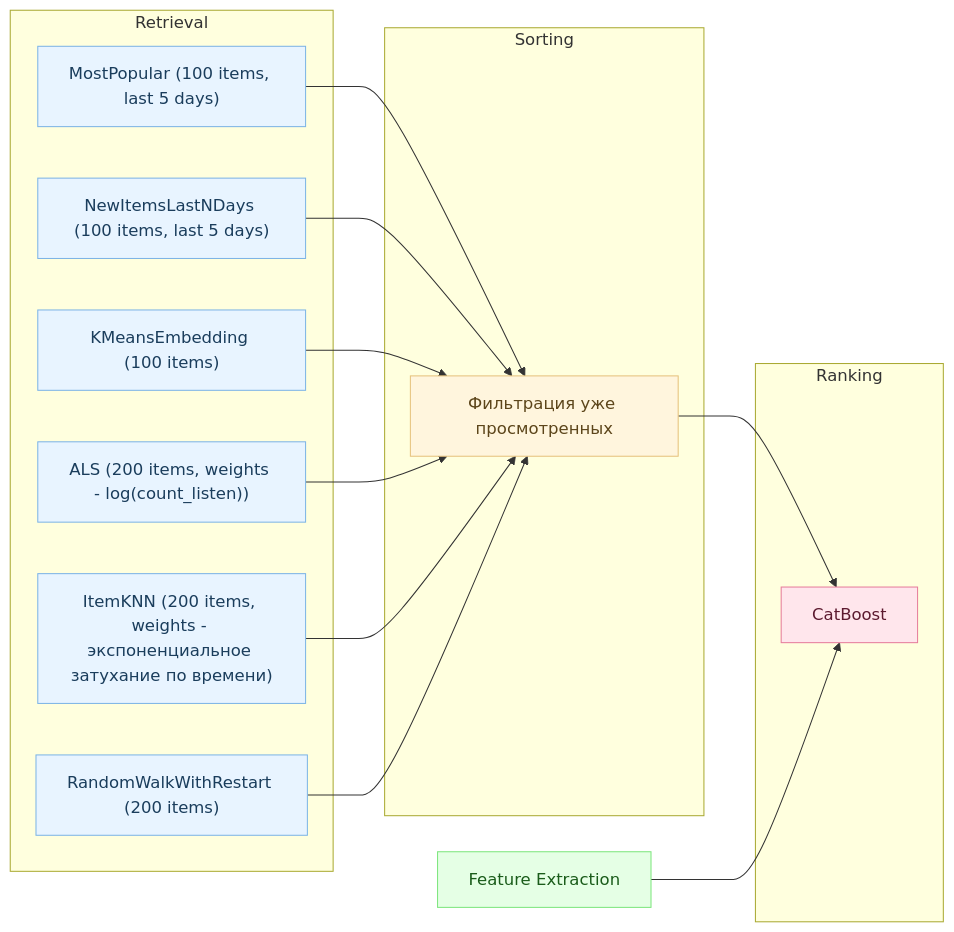
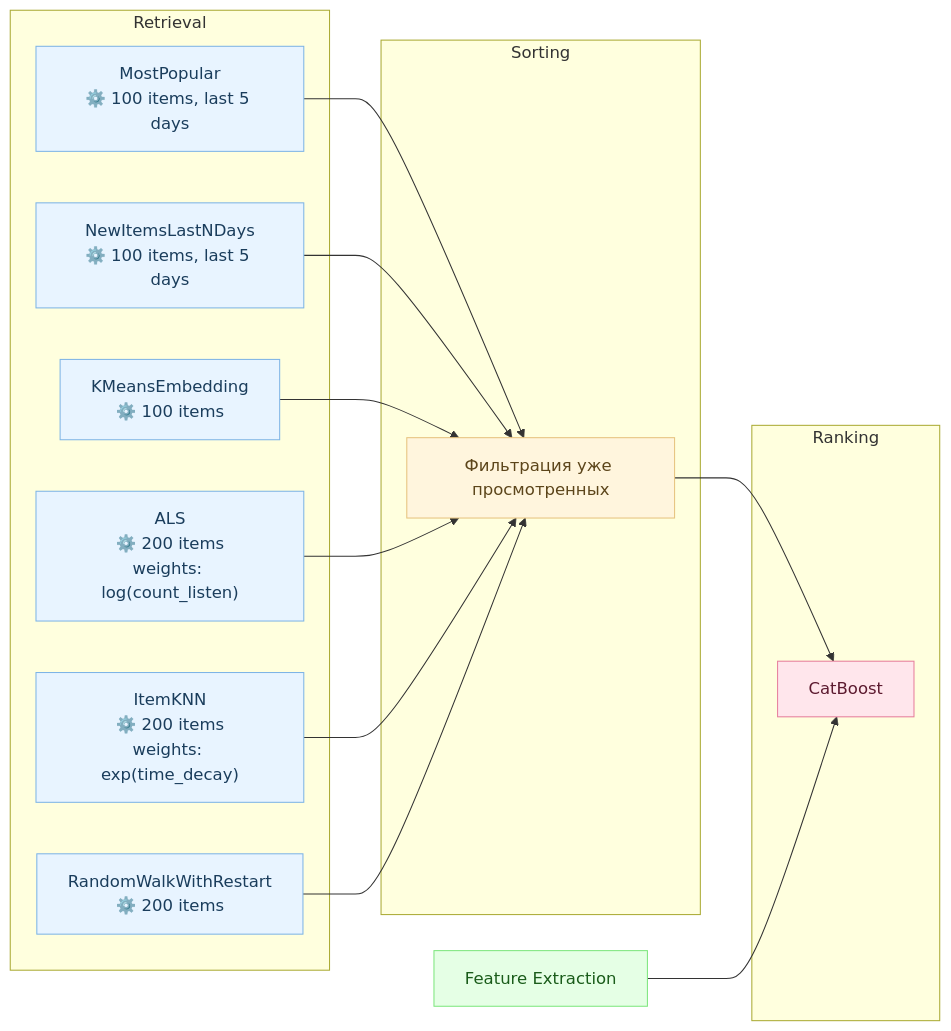
The second of 2 diagrams in README.md (Nastasy822/music-recommendation-experiments), drawn with Mermaid before and after one commit. The commit also changed other lines of this file, not shown here.

Commit message:
docs(readme): update diagram

````diff
--- a/README.md
+++ b/README.md
@@ -180,47 +180,48 @@
 ```mermaid
 flowchart LR
 
-    %% === Блоки пайплайна ===
+    %% === Retrieval Models ===
     subgraph RETRIEVAL ["Retrieval"]
-        PopAll["MostPopular (100 items, last 5 days)"]
-        PopUser["NewItemsLastNDays (100 items, last 5 days)"]
-        SIM["KMeansEmbedding (100 items)"]
-        ITEMKNN["ItemKNN (200 items, weights - экспоненциальное затухание по времени)"]
-        GRAPH["RandomWalkWithRestart (200 items)"]
-        ALS["ALS (200 items, weights - log(count_listen))"]
-
+        PopAll["MostPopular<br/>⚙️ 100 items, last 5 days"]
+        PopUser["NewItemsLastNDays<br/>⚙️ 100 items, last 5 days"]
+        SIM["KMeansEmbedding<br/>⚙️ 100 items"]
+        ITEMKNN["ItemKNN<br/>⚙️ 200 items<br/>weights: exp(time_decay)"]
+        GRAPH["RandomWalkWithRestart<br/>⚙️ 200 items"]
+        ALS["ALS<br/>⚙️ 200 items<br/>weights: log(count_listen)"]
     end
 
+    %% === Sorting Stage ===
     subgraph SORTING ["Sorting"]
         FILTER["Фильтрация уже просмотренных"]
     end
 
+    %% === Ranking Stage ===
     subgraph RANKING ["Ranking"]
         RANK["CatBoost"]
     end
 
-    %% === Отдельный нижний блок Feature Extraction ===
+    %% === Feature Extraction ===
     FEATS["Feature Extraction"]
 
-    %% === Потоки данных ===
+    %% === Data Flows ===
     PopAll --> FILTER
     PopUser --> FILTER
     SIM --> FILTER
     ALS --> FILTER
     ITEMKNN --> FILTER
     GRAPH --> FILTER
 
     FILTER --> RANK
     FEATS --> RANK
 
-    %% === Цветовые стили ===
+    %% === Styles ===
     classDef retrieval fill:#e8f4ff,stroke:#7db4e6,color:#1a3d5c;
     classDef sorting fill:#fff5dd,stroke:#e6c27d,color:#5c451a;
     classDef ranking fill:#ffe6ec,stroke:#e67d9c,color:#5c1a2f;
     classDef features fill:#e5ffe5,stroke:#7de67d,color:#1a5c1a;
 
     class PopAll,PopUser,SIM,ALS,ITEMKNN,GRAPH retrieval;
     class FILTER sorting;
     class RANK ranking;
     class FEATS features;
 ```
````
